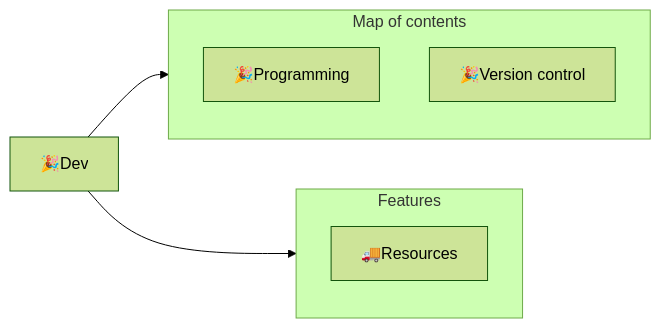
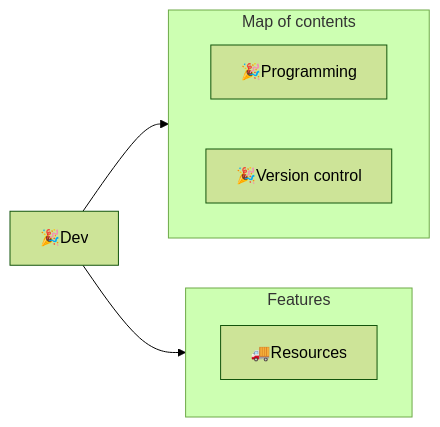
Before and after one commit to mindulle/garden: the diagram in content/Develop/Trees/Dev/🎉Dev.md, drawn with Mermaid (forest theme). The commit also changed other lines of this file and 389 other files, not shown here.

````diff
--- a/content/Develop/Trees/Dev/🎉Dev.md
+++ b/content/Develop/Trees/Dev/🎉Dev.md
@@ -19,13 +19,14 @@
 ```mermaid
 flowchart LR
 	HERE[&#127881Dev]
 	subgraph Content[Map of contents]
+		direction LR
 		programming[&#127881Programming]
 		versionControl[&#127881Version control]
 	end
 	subgraph Features
 		resources[&#128666Resources]
 	end
 	HERE --> Content
 	HERE --> Features
 ```
````
